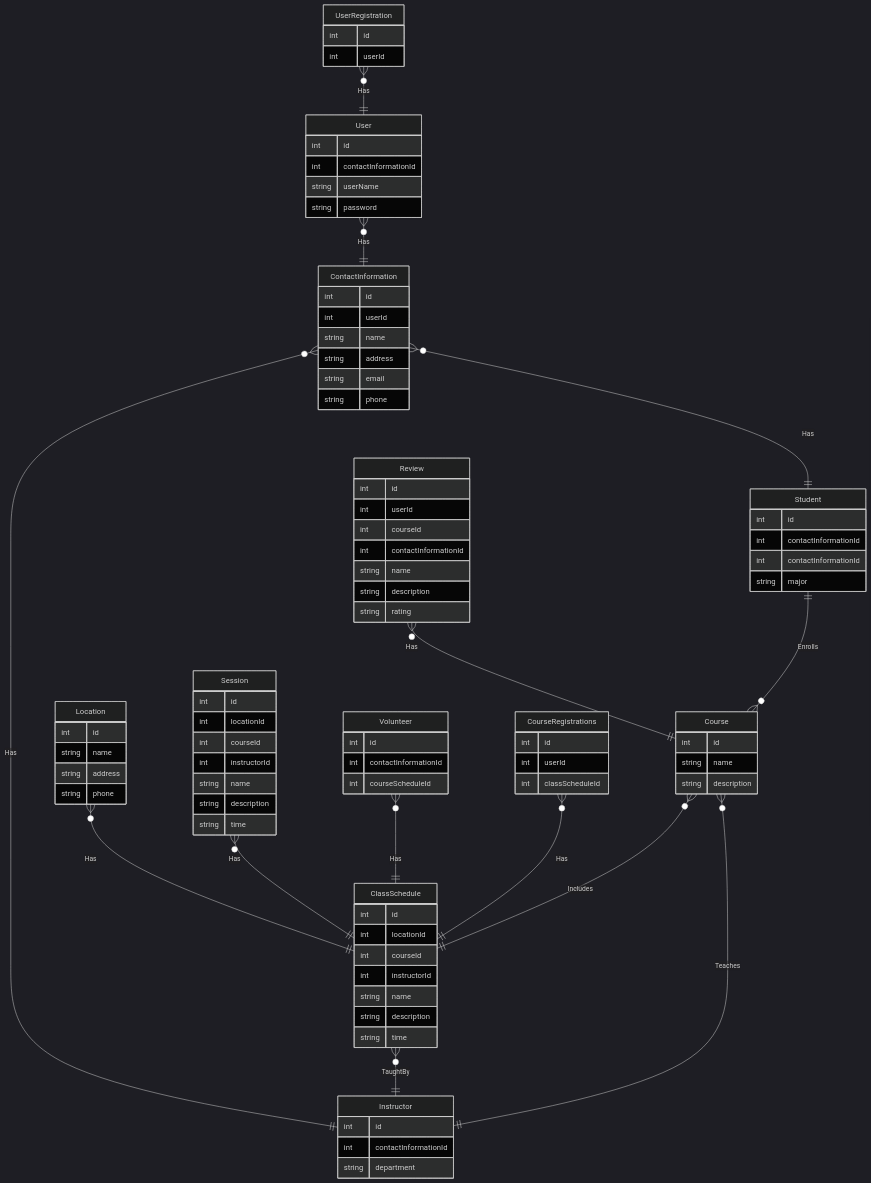
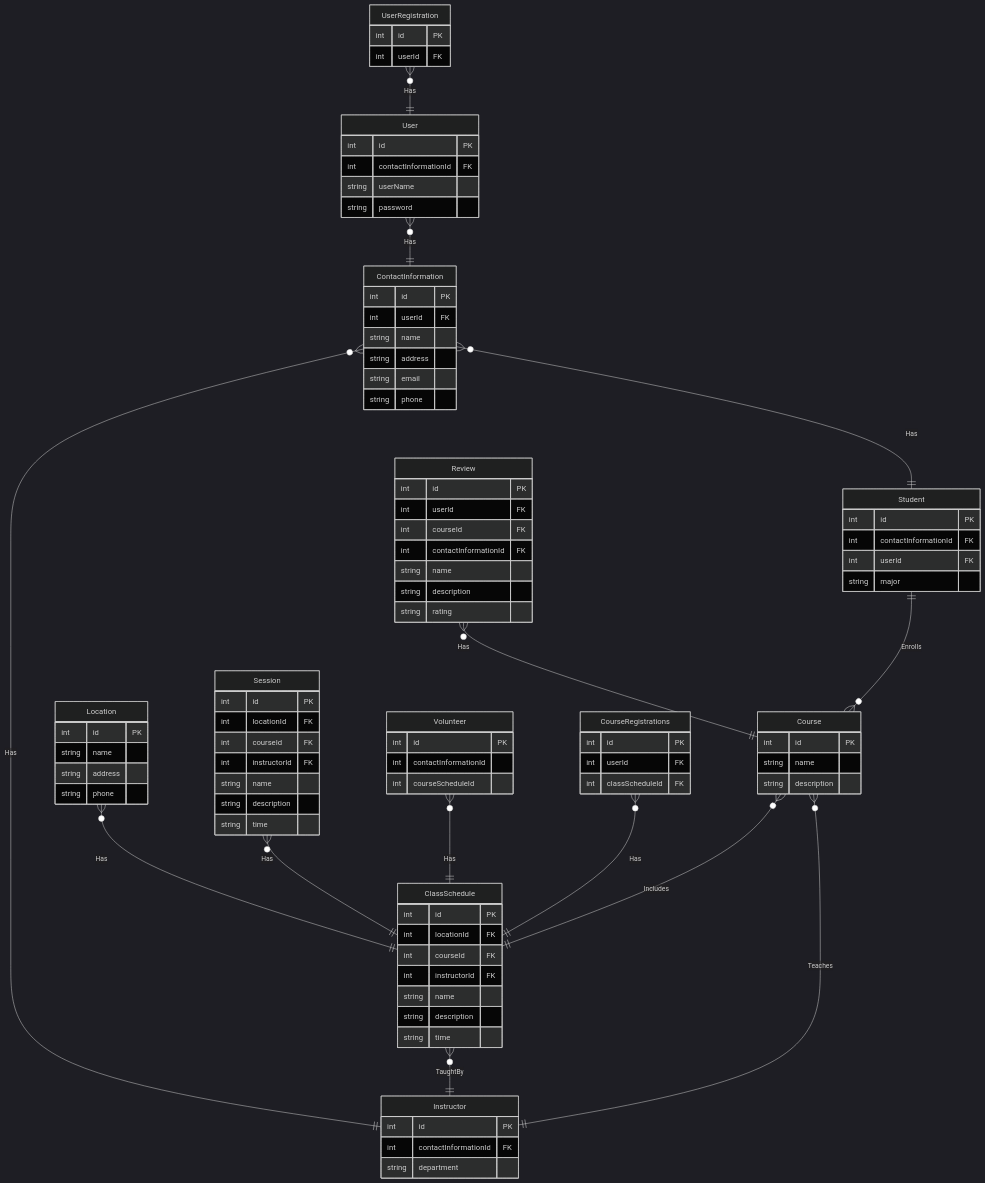
Before and after one commit to icozma/Scheduling-Classes: the diagram in README.md, drawn with Mermaid (dark theme). The commit also changed other lines of this file, not shown here.

Commit message:
adding pk fk

````diff
--- a/README.md
+++ b/README.md
@@ -9,23 +7,23 @@
 erDiagram
     Student ||--o{ Course : Enrolls
     Student {
-        int id
-        int contactInformationId
-        int contactInformationId
+        int id PK
+        int contactInformationId FK
+        int userId FK
         string major
     }
     Course }o--|| ClassSchedule : Includes
     Course {
-        int id
+        int id PK
         string name
         string description
     }
     ClassSchedule }o--|| Instructor : TaughtBy
     ClassSchedule {
-        int id
-        int locationId
-        int courseId
-        int instructorId
+        int id PK
+        int locationId FK
+        int courseId FK
+        int instructorId FK
         string name
         string description
         string time
@@ -33,16 +31,16 @@
     
     Instructor ||--o{ Course : Teaches
     Instructor {
-        int id
-        int contactInformationId
+        int id PK
+        int contactInformationId FK
         string department
     }
 
     ContactInformation }o--|| Instructor : Has
     ContactInformation }o--|| Student : Has
     ContactInformation {
-        int id
-        int userId
+        int id PK
+        int userId FK
         string name
         string address
         string email
@@ -51,7 +49,7 @@
 
     Location }o--|| ClassSchedule : Has
     Location {
-        int id
+        int id PK
         string name
         string address
         string phone
@@ -59,10 +57,10 @@
 
     Session }o--|| ClassSchedule : Has
     Session {
-        int id
-        int locationId
-        int courseId
-        int instructorId
+        int id PK
+        int locationId  FK
+        int courseId FK
+        int instructorId FK
         string name
         string description
         string time
@@ -70,17 +68,17 @@
 
     Volunteer }o--|| ClassSchedule : Has
     Volunteer {
-        int id
+        int id PK
         int contactInformationId
         int courseScheduleId
     }
 
     Review }o--|| Course : Has
     Review {
-        int id
-        int userId
-        int courseId
-        int contactInformationId
+        int id PK
+        int userId FK
+        int courseId    FK
+        int contactInformationId FK
         string name
         string description
         string rating
@@ -89,22 +87,22 @@
     User }o--|| ContactInformation : Has
 
     User {
-        int id
-        int contactInformationId
+        int id PK
+        int contactInformationId FK
         string userName
         string password
     }
     UserRegistration }o--|| User : Has
     UserRegistration {
-        int id
-        int userId
+        int id PK
+        int userId FK
     }
 
     CourseRegistrations }o--|| ClassSchedule : Has
     CourseRegistrations {
-        int id
-        int userId
-        int classScheduleId
+        int id PK
+        int userId FK
+        int classScheduleId FK
     }
 
 ```
````
